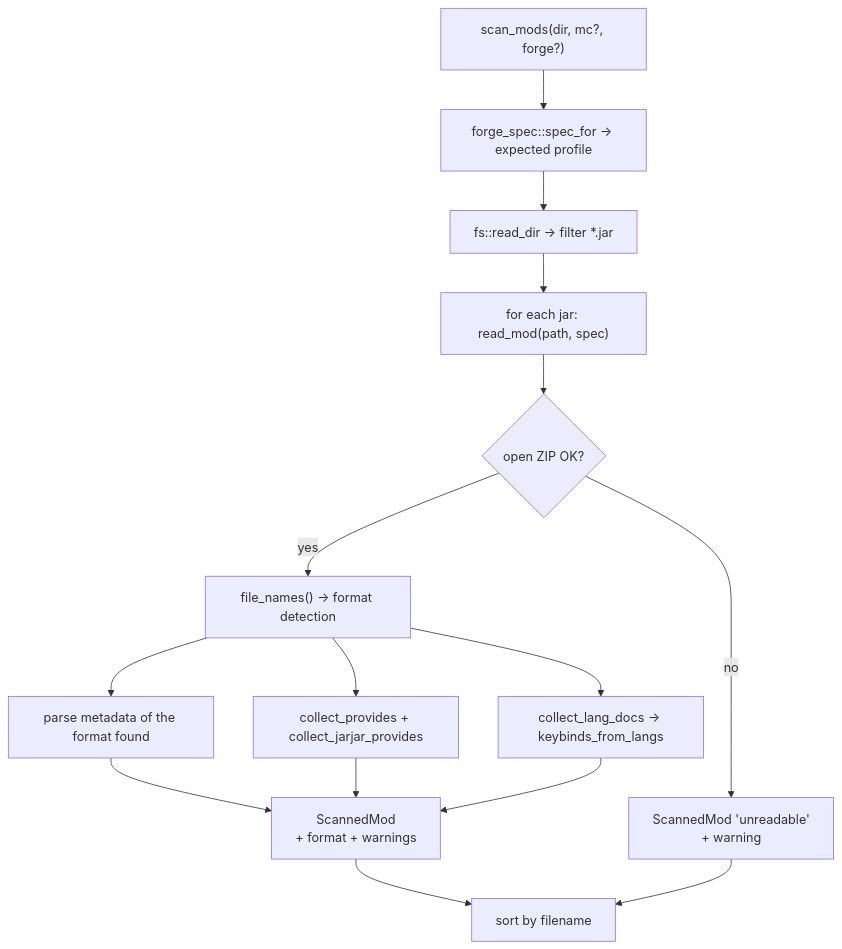
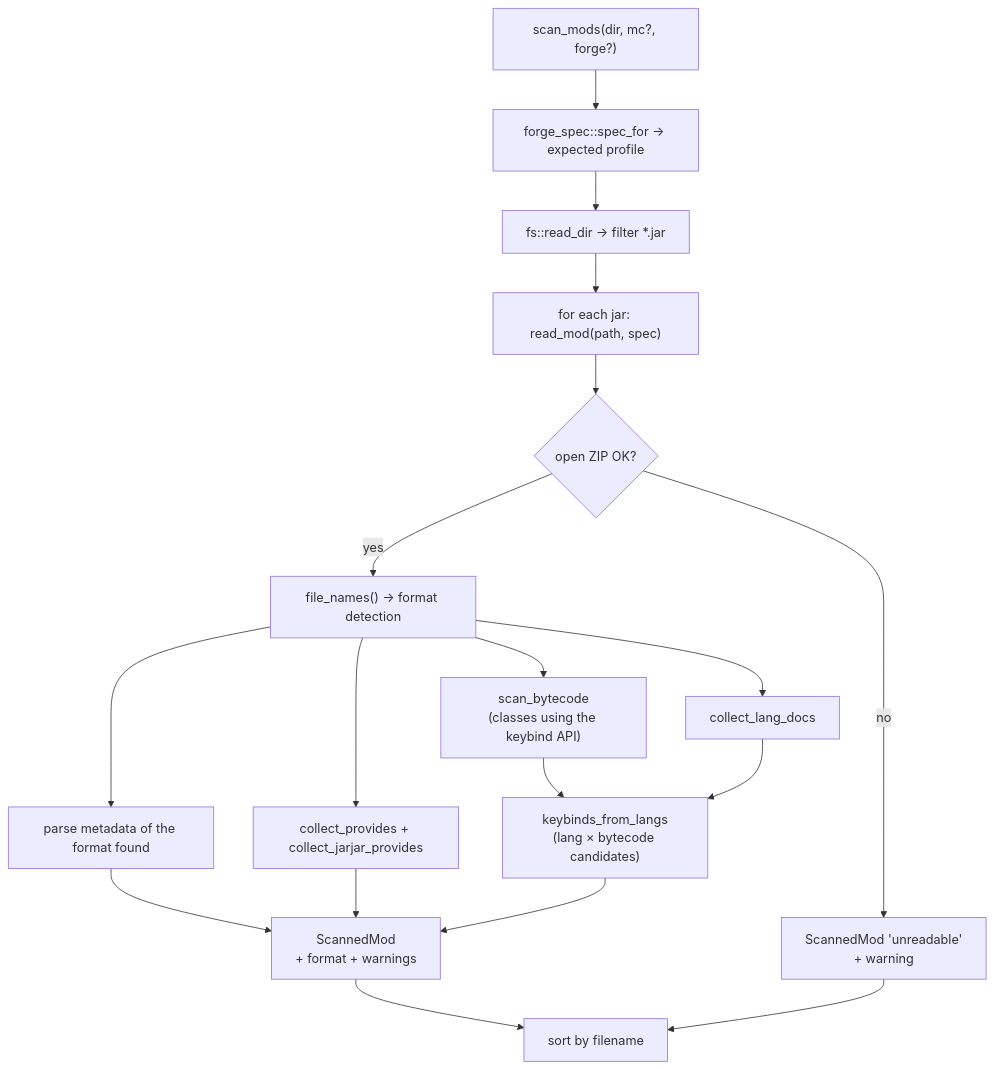
One commit to Alexkill536ITA/ForgeModpack changed the second of 6 diagrams in docs/en/technical/06-scansione.md. Above: the diagram before and after it, drawn with Mermaid. The commit also changed other lines of this file and 36 other files, not shown here.

First line of the commit message:
feat: sync col disco, keybind dal bytecode e overlay di caricamento

````diff
--- a/docs/en/technical/06-scansione.md
+++ b/docs/en/technical/06-scansione.md
@@ -49,17 +49,20 @@
 ```mermaid
 flowchart TD
     Start["scan_mods(dir, mc?, forge?)"] --> Spec["forge_spec::spec_for → expected profile"]
     Spec --> List["fs::read_dir → filter *.jar"]
     List --> Loop["for each jar: read_mod(path, spec)"]
     Loop --> Open{"open ZIP OK?"}
     Open -->|no| Bad["ScannedMod 'unreadable'<br/>+ warning"]
     Open -->|yes| Names["file_names() → format detection"]
     Names --> Meta["parse metadata of the format found"]
     Names --> Prov["collect_provides + collect_jarjar_provides"]
-    Names --> Keys["collect_lang_docs → keybinds_from_langs"]
+    Names --> BC["scan_bytecode<br/>(classes using the keybind API)"]
+    Names --> Keys["collect_lang_docs"]
+    BC --> KB["keybinds_from_langs<br/>(lang × bytecode candidates)"]
+    Keys --> KB
     Meta --> Result["ScannedMod<br/>+ format + warnings"]
     Prov --> Result
-    Keys --> Result
+    KB --> Result
     Result --> SortM["sort by filename"]
     Bad --> SortM
 ```
````
